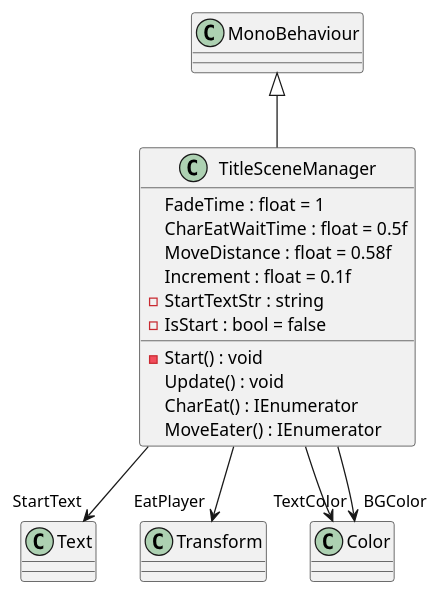
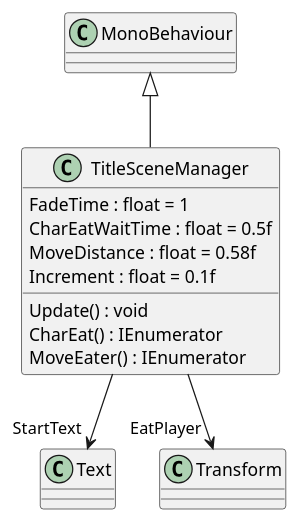
The diagram in plantuml/UIs/TitleSceneManager.puml (MainCastle1212/EverythingEater), drawn with PlantUML before and after one commit. The commit also changed 24 other files, not shown here.

```diff
--- a/plantuml/UIs/TitleSceneManager.puml
+++ b/plantuml/UIs/TitleSceneManager.puml
@@ -1,19 +1,14 @@
 @startuml
 class TitleSceneManager {
     FadeTime : float = 1
     CharEatWaitTime : float = 0.5f
     MoveDistance : float = 0.58f
     Increment : float = 0.1f
-    - StartTextStr : string
-    - IsStart : bool = false
-    - Start() : void
     Update() : void
     CharEat() : IEnumerator
     MoveEater() : IEnumerator
 }
 MonoBehaviour <|-- TitleSceneManager
 TitleSceneManager --> "StartText" Text
 TitleSceneManager --> "EatPlayer" Transform
-TitleSceneManager --> "TextColor" Color
-TitleSceneManager --> "BGColor" Color
 @enduml
```
